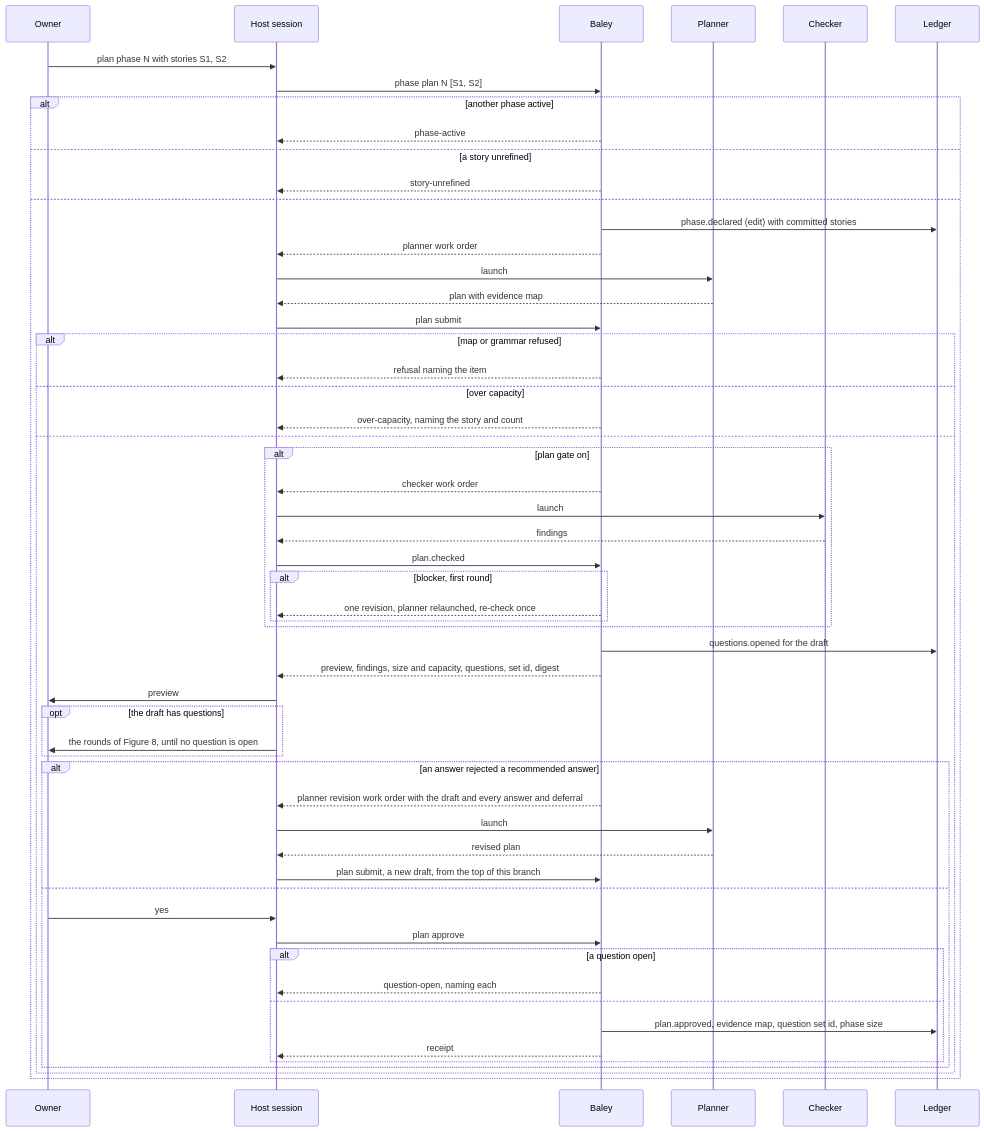
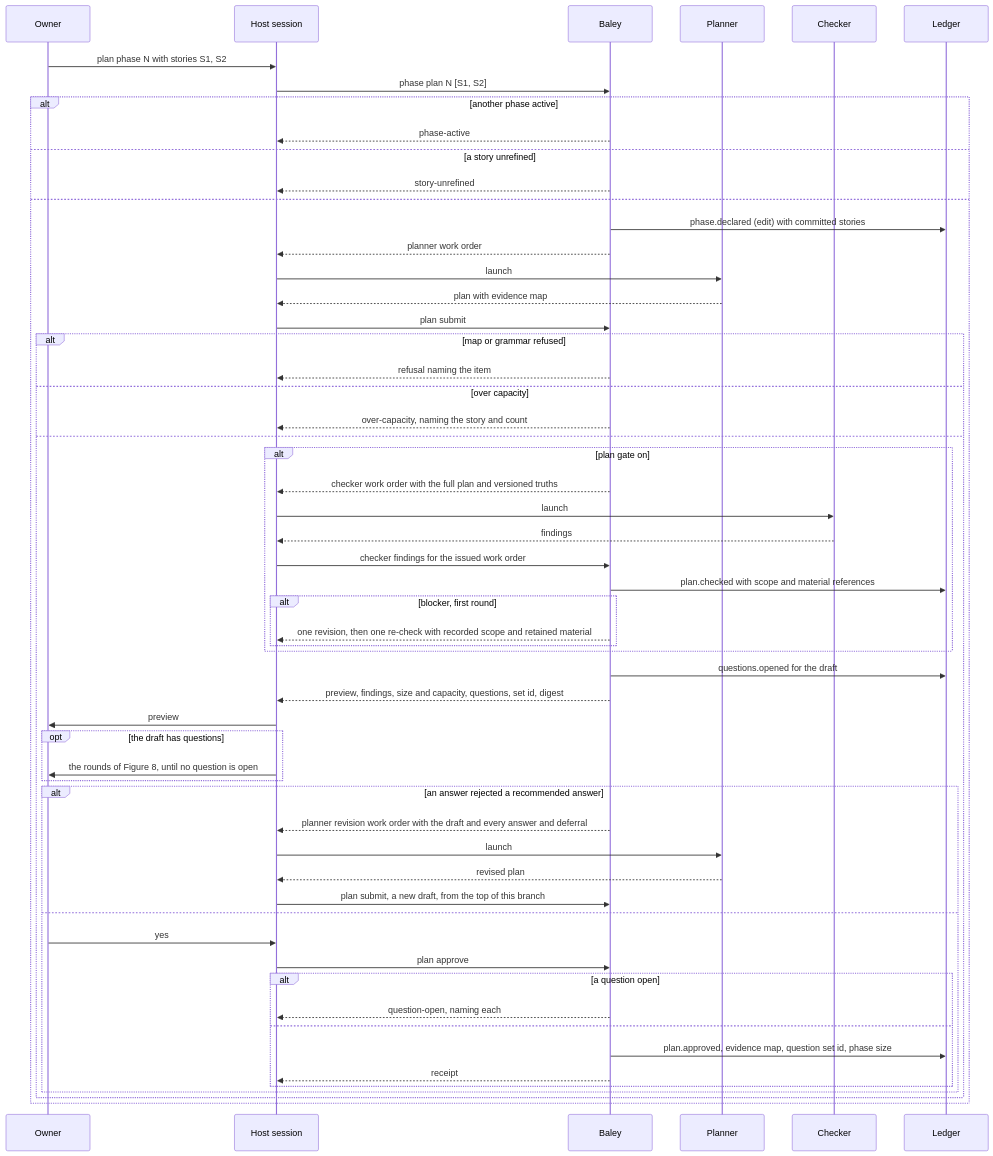
The sixth of 8 diagrams in docs/design/0005-context-plans-and-acceptance.md (crenshawdev/baley), drawn with Mermaid before and after one commit. The commit also changed other lines of this file and 1 other file, not shown here.

First line of the commit message:
docs(design): define plan re-check scopes and input bindings

````diff
--- a/docs/design/0005-context-plans-and-acceptance.md
+++ b/docs/design/0005-context-plans-and-acceptance.md
@@ -425,58 +433,59 @@
 ```mermaid
 sequenceDiagram
   participant O as Owner
   participant H as Host session
   participant B as Baley
   participant P as Planner
   participant C as Checker
   participant L as Ledger
   O->>H: plan phase N with stories S1, S2
   H->>B: phase plan N [S1, S2]
   alt another phase active
     B-->>H: phase-active
   else a story unrefined
     B-->>H: story-unrefined
   else
     B->>L: phase.declared (edit) with committed stories
     B-->>H: planner work order
     H->>P: launch
     P-->>H: plan with evidence map
     H->>B: plan submit
     alt map or grammar refused
       B-->>H: refusal naming the item
     else over capacity
       B-->>H: over-capacity, naming the story and count
     else
       alt plan gate on
-        B-->>H: checker work order
+        B-->>H: checker work order with the full plan and versioned truths
         H->>C: launch
         C-->>H: findings
-        H->>B: plan.checked
+        H->>B: checker findings for the issued work order
+        B->>L: plan.checked with scope and material references
         alt blocker, first round
-          B-->>H: one revision, planner relaunched, re-check once
+          B-->>H: one revision, then one re-check with recorded scope and retained material
         end
       end
       B->>L: questions.opened for the draft
       B-->>H: preview, findings, size and capacity, questions, set id, digest
       H->>O: preview
       opt the draft has questions
         H->>O: the rounds of Figure 8, until no question is open
       end
       alt an answer rejected a recommended answer
         B-->>H: planner revision work order with the draft and every answer and deferral
         H->>P: launch
         P-->>H: revised plan
         H->>B: plan submit, a new draft, from the top of this branch
       else
         O->>H: yes
         H->>B: plan approve
         alt a question open
           B-->>H: question-open, naming each
         else
           B->>L: plan.approved, evidence map, question set id, phase size
           B-->>H: receipt
         end
       end
     end
   end
 ```
````
